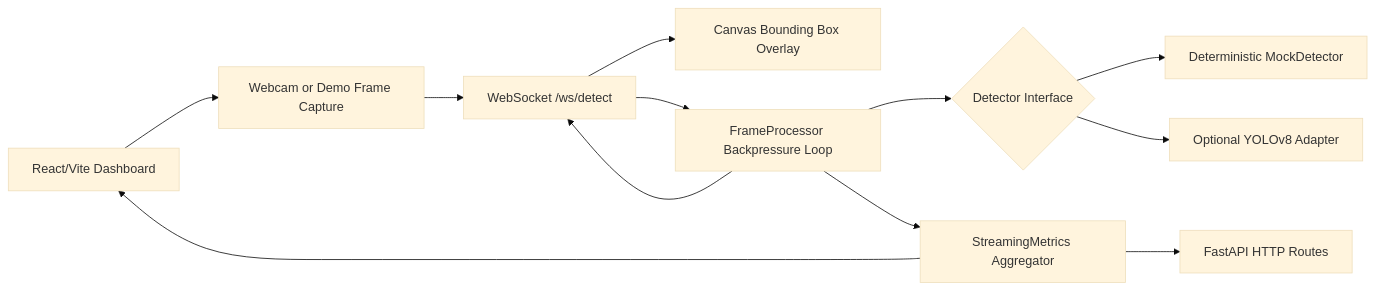
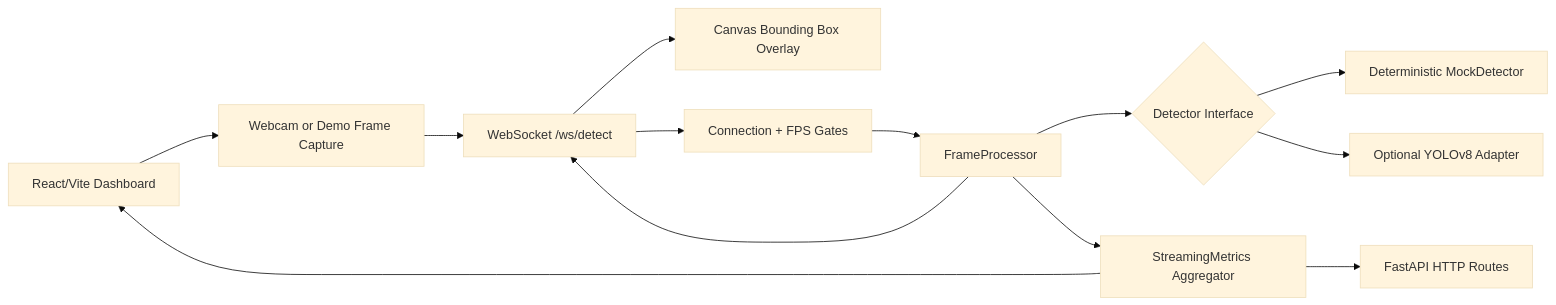
Before and after one commit to nn2029/realtime-object-detection-dashboard: the diagram in README.md, drawn with Mermaid (base theme). The commit also changed other lines of this file and 8 other files, not shown here.

````diff
--- a/README.md
+++ b/README.md
@@ -9,25 +9,27 @@
 ```mermaid
 flowchart LR
   Browser["React/Vite Dashboard"]
   Capture["Webcam or Demo Frame Capture"]
   Canvas["Canvas Bounding Box Overlay"]
   WS["WebSocket /ws/detect"]
-  Processor["FrameProcessor Backpressure Loop"]
+  Gate["Connection + FPS Gates"]
+  Processor["FrameProcessor"]
   Detector{"Detector Interface"}
   Mock["Deterministic MockDetector"]
   YOLO["Optional YOLOv8 Adapter"]
   Metrics["StreamingMetrics Aggregator"]
   API["FastAPI HTTP Routes"]
 
   Browser --> Capture
   Capture --> WS
-  WS --> Processor
+  WS --> Gate
+  Gate --> Processor
   Processor --> Detector
   Detector --> Mock
   Detector --> YOLO
   Processor --> Metrics
   Processor --> WS
   WS --> Canvas
   Metrics --> API
   Metrics --> Browser
 ```
````
